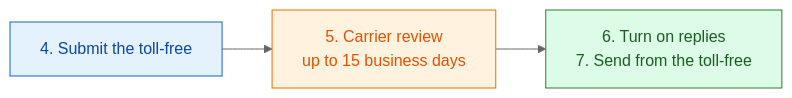
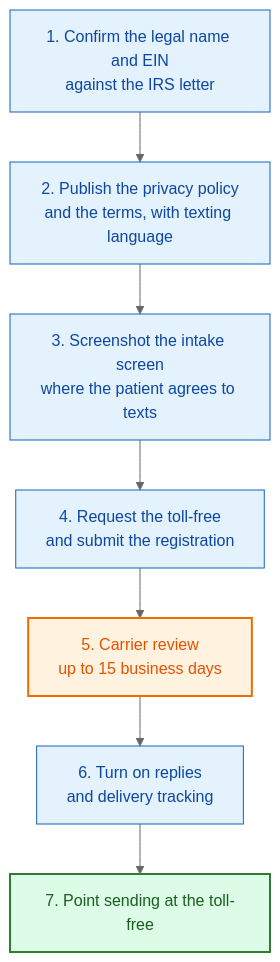
Before and after one commit to daava-hq/shared-docs: the third of 5 diagrams in docs/office-number-texting-report.md, drawn with Mermaid (neutral theme). The commit also changed other lines of this file, not shown here.

First line of the commit message:
Restore the original texting report diagrams

````diff
--- a/docs/office-number-texting-report.md
+++ b/docs/office-number-texting-report.md
@@ -164,11 +156,17 @@
 ```mermaid
-flowchart LR
-  D["4. Submit the toll-free"] --> E["5. Carrier review<br/>up to 15 business days"] --> G["6. Turn on replies<br/>7. Send from the toll-free"]
+flowchart TD
+  A["1. Confirm the legal name and EIN<br/>against the IRS letter"] --> B["2. Publish the privacy policy<br/>and the terms, with texting language"]
+  B --> C["3. Screenshot the intake screen<br/>where the patient agrees to texts"]
+  C --> D["4. Request the toll-free<br/>and submit the registration"]
+  D --> E["5. Carrier review<br/>up to 15 business days"]
+  E --> F["6. Turn on replies<br/>and delivery tracking"]
+  F --> G["7. Point sending at the toll-free"]
 
   classDef actionNode fill:#e3f2fd,stroke:#1565c0,color:#0d47a1
-  classDef waitNode fill:#fff3e0,stroke:#ef6c00,color:#e65100
-  classDef cleanNode fill:#dcfce7,stroke:#2e7d32,color:#1b5e20
-  class D actionNode
+  classDef waitNode fill:#fff3e0,stroke:#ef6c00,stroke-width:2px,color:#e65100
+  classDef cleanNode fill:#dcfce7,stroke:#2e7d32,stroke-width:2px,color:#1b5e20
+
+  class A,B,C,D,F actionNode
   class E waitNode
   class G cleanNode
 ```
````
